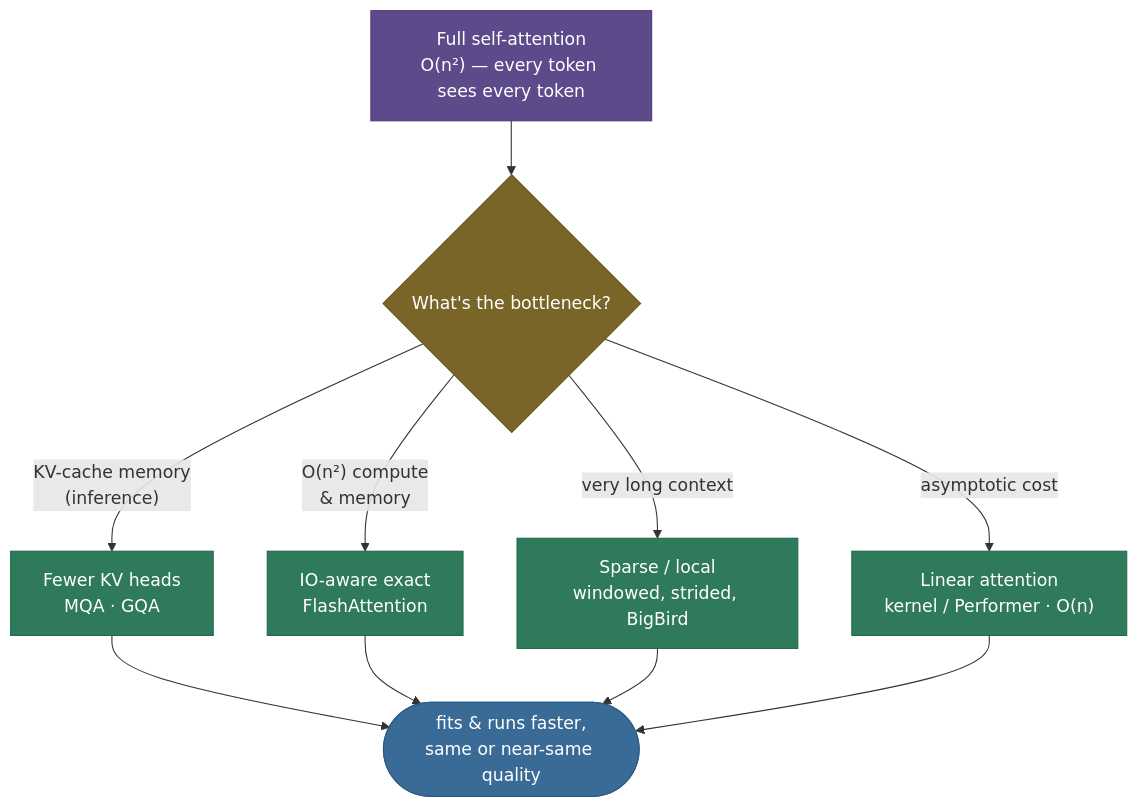
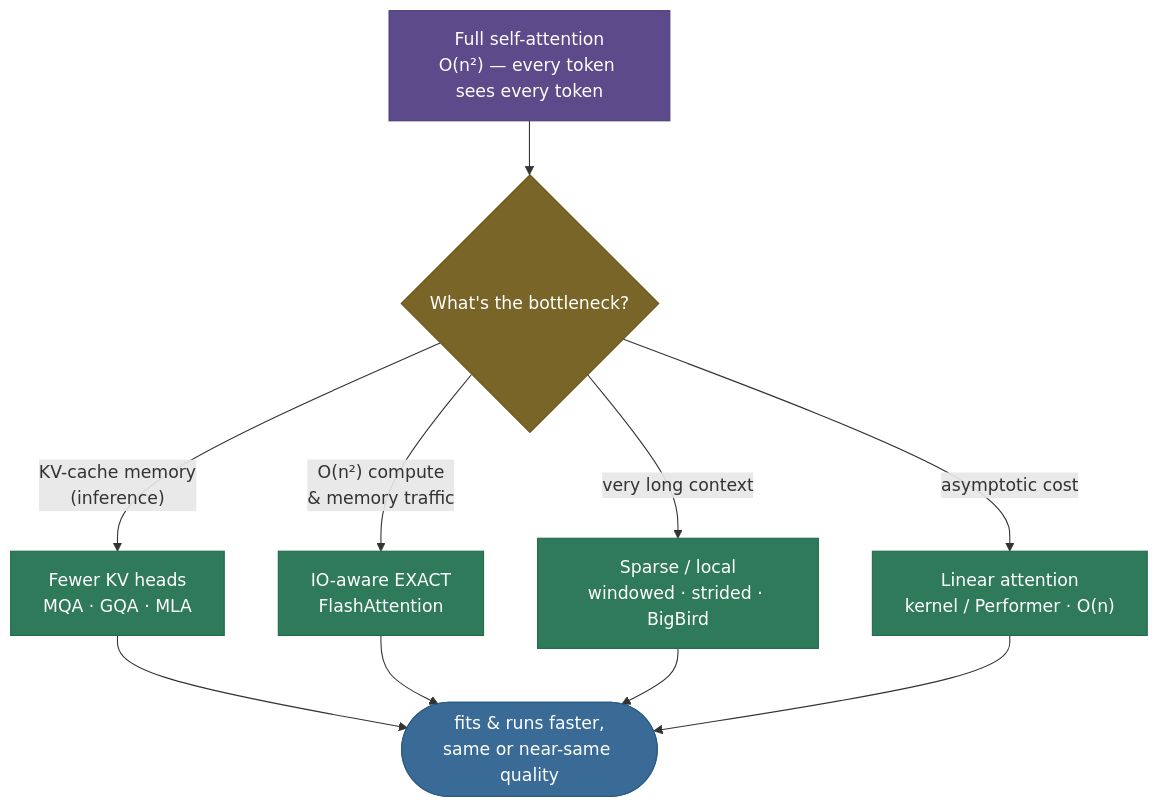
Before and after one commit to sudhir13s/AI-ML-learning-resources: the fifth of 5 diagrams in 05. Deep_Learning/concepts/15-Attention-Mechanism.md, drawn with Mermaid. The commit also changed other lines of this file and 5 other files, not shown here.

````diff
--- a/05. Deep_Learning/concepts/15-Attention-Mechanism.md
+++ b/05. Deep_Learning/concepts/15-Attention-Mechanism.md
@@ -273,17 +475,17 @@
 ```mermaid
 graph TD
     FULL["Full self-attention<br/>O(n²) — every token sees every token"]:::process --> Q1{"What's the bottleneck?"}:::amber
-    Q1 -->|"KV-cache memory<br/>(inference)"| HEADS["Fewer KV heads<br/>MQA · GQA"]:::out
-    Q1 -->|"O(n²) compute<br/>& memory"| IO["IO-aware exact<br/>FlashAttention"]:::out
-    Q1 -->|"very long context"| SPARSE["Sparse / local<br/>windowed, strided, BigBird"]:::out
+    Q1 -->|"KV-cache memory<br/>(inference)"| HEADS["Fewer KV heads<br/>MQA · GQA · MLA"]:::out
+    Q1 -->|"O(n²) compute<br/>& memory traffic"| IO["IO-aware EXACT<br/>FlashAttention"]:::out
+    Q1 -->|"very long context"| SPARSE["Sparse / local<br/>windowed · strided · BigBird"]:::out
     Q1 -->|"asymptotic cost"| LINEAR["Linear attention<br/>kernel / Performer · O(n)"]:::out
     HEADS --> RES(["fits & runs faster,<br/>same or near-same quality"]):::data
     IO --> RES
     SPARSE --> RES
     LINEAR --> RES
 
     classDef process fill:#5D4A8A,stroke:#4D3A7A,color:#fff
     classDef amber fill:#7A6528,stroke:#6A5518,color:#fff
     classDef out fill:#2E7A5A,stroke:#1E6A4A,color:#fff
     classDef data fill:#3A6B96,stroke:#2A5B86,color:#fff
 ```
````
